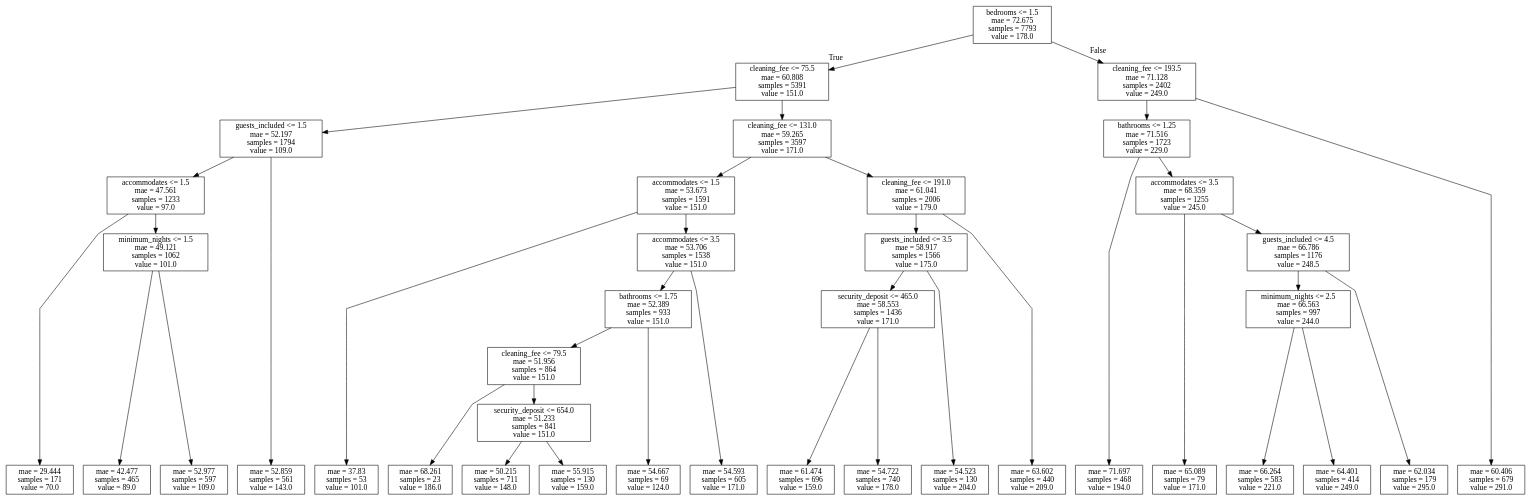
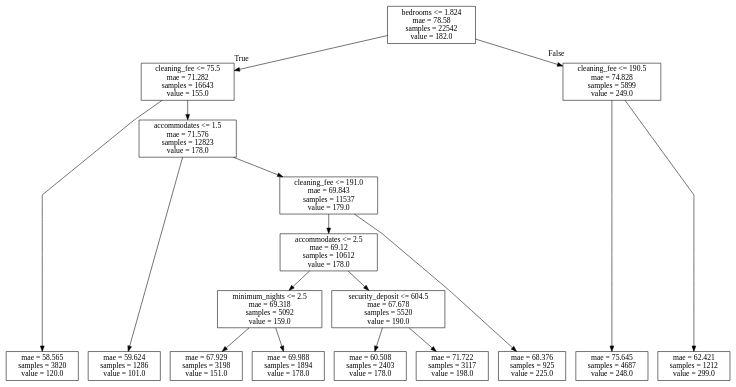
The diagram in export/tree.dot (FalsoMoralista/fangorn), drawn with Graphviz before and after one commit. The commit also changed 6 other files, not shown here.

```diff
--- a/export/tree.dot
+++ b/export/tree.dot
@@ -1,90 +1,44 @@
 digraph Tree {
 node [shape=box] ;
 graph [ranksep=equally, splines=polyline] ;
-0 [label="bedrooms <= 1.5\nmae = 72.675\nsamples = 7793\nvalue = 178.0"] ;
-1 [label="cleaning_fee <= 75.5\nmae = 60.808\nsamples = 5391\nvalue = 151.0"] ;
+0 [label="bedrooms <= 1.824\nmae = 78.58\nsamples = 22542\nvalue = 182.0"] ;
+1 [label="cleaning_fee <= 75.5\nmae = 71.282\nsamples = 16643\nvalue = 155.0"] ;
 0 -> 1 [labeldistance=2.5, labelangle=45, headlabel="True"] ;
-2 [label="guests_included <= 1.5\nmae = 52.197\nsamples = 1794\nvalue = 109.0"] ;
+2 [label="mae = 58.565\nsamples = 3820\nvalue = 120.0"] ;
 1 -> 2 ;
-3 [label="accommodates <= 1.5\nmae = 47.561\nsamples = 1233\nvalue = 97.0"] ;
-2 -> 3 ;
-4 [label="mae = 29.444\nsamples = 171\nvalue = 70.0"] ;
+3 [label="accommodates <= 1.5\nmae = 71.576\nsamples = 12823\nvalue = 178.0"] ;
+1 -> 3 ;
+4 [label="mae = 59.624\nsamples = 1286\nvalue = 101.0"] ;
 3 -> 4 ;
-5 [label="minimum_nights <= 1.5\nmae = 49.121\nsamples = 1062\nvalue = 101.0"] ;
+5 [label="cleaning_fee <= 191.0\nmae = 69.843\nsamples = 11537\nvalue = 179.0"] ;
 3 -> 5 ;
-6 [label="mae = 42.477\nsamples = 465\nvalue = 89.0"] ;
+6 [label="accommodates <= 2.5\nmae = 69.12\nsamples = 10612\nvalue = 178.0"] ;
 5 -> 6 ;
-7 [label="mae = 52.977\nsamples = 597\nvalue = 109.0"] ;
-5 -> 7 ;
-8 [label="mae = 52.859\nsamples = 561\nvalue = 143.0"] ;
-2 -> 8 ;
-9 [label="cleaning_fee <= 131.0\nmae = 59.265\nsamples = 3597\nvalue = 171.0"] ;
-1 -> 9 ;
-10 [label="accommodates <= 1.5\nmae = 53.673\nsamples = 1591\nvalue = 151.0"] ;
-9 -> 10 ;
-11 [label="mae = 37.83\nsamples = 53\nvalue = 101.0"] ;
+7 [label="minimum_nights <= 2.5\nmae = 69.318\nsamples = 5092\nvalue = 159.0"] ;
+6 -> 7 ;
+8 [label="mae = 67.929\nsamples = 3198\nvalue = 151.0"] ;
+7 -> 8 ;
+9 [label="mae = 69.988\nsamples = 1894\nvalue = 178.0"] ;
+7 -> 9 ;
+10 [label="security_deposit <= 604.5\nmae = 67.678\nsamples = 5520\nvalue = 190.0"] ;
+6 -> 10 ;
+11 [label="mae = 60.508\nsamples = 2403\nvalue = 178.0"] ;
 10 -> 11 ;
-12 [label="accommodates <= 3.5\nmae = 53.706\nsamples = 1538\nvalue = 151.0"] ;
+12 [label="mae = 71.722\nsamples = 3117\nvalue = 198.0"] ;
 10 -> 12 ;
-13 [label="bathrooms <= 1.75\nmae = 52.389\nsamples = 933\nvalue = 151.0"] ;
-12 -> 13 ;
-14 [label="cleaning_fee <= 79.5\nmae = 51.956\nsamples = 864\nvalue = 151.0"] ;
-13 -> 14 ;
-15 [label="mae = 68.261\nsamples = 23\nvalue = 186.0"] ;
+13 [label="mae = 68.376\nsamples = 925\nvalue = 225.0"] ;
+5 -> 13 ;
+14 [label="cleaning_fee <= 190.5\nmae = 74.828\nsamples = 5899\nvalue = 249.0"] ;
+0 -> 14 [labeldistance=2.5, labelangle=-45, headlabel="False"] ;
+15 [label="mae = 75.645\nsamples = 4687\nvalue = 248.0"] ;
 14 -> 15 ;
-16 [label="security_deposit <= 654.0\nmae = 51.233\nsamples = 841\nvalue = 151.0"] ;
+16 [label="mae = 62.421\nsamples = 1212\nvalue = 299.0"] ;
 14 -> 16 ;
-17 [label="mae = 50.215\nsamples = 711\nvalue = 148.0"] ;
-16 -> 17 ;
-18 [label="mae = 55.915\nsamples = 130\nvalue = 159.0"] ;
-16 -> 18 ;
-19 [label="mae = 54.667\nsamples = 69\nvalue = 124.0"] ;
-13 -> 19 ;
-20 [label="mae = 54.593\nsamples = 605\nvalue = 171.0"] ;
-12 -> 20 ;
-21 [label="cleaning_fee <= 191.0\nmae = 61.041\nsamples = 2006\nvalue = 179.0"] ;
-9 -> 21 ;
-22 [label="guests_included <= 3.5\nmae = 58.917\nsamples = 1566\nvalue = 175.0"] ;
-21 -> 22 ;
-23 [label="security_deposit <= 465.0\nmae = 58.553\nsamples = 1436\nvalue = 171.0"] ;
-22 -> 23 ;
-24 [label="mae = 61.474\nsamples = 696\nvalue = 159.0"] ;
-23 -> 24 ;
-25 [label="mae = 54.722\nsamples = 740\nvalue = 178.0"] ;
-23 -> 25 ;
-26 [label="mae = 54.523\nsamples = 130\nvalue = 204.0"] ;
-22 -> 26 ;
-27 [label="mae = 63.602\nsamples = 440\nvalue = 209.0"] ;
-21 -> 27 ;
-28 [label="cleaning_fee <= 193.5\nmae = 71.128\nsamples = 2402\nvalue = 249.0"] ;
-0 -> 28 [labeldistance=2.5, labelangle=-45, headlabel="False"] ;
-29 [label="bathrooms <= 1.25\nmae = 71.516\nsamples = 1723\nvalue = 229.0"] ;
-28 -> 29 ;
-30 [label="mae = 71.697\nsamples = 468\nvalue = 194.0"] ;
-29 -> 30 ;
-31 [label="accommodates <= 3.5\nmae = 68.359\nsamples = 1255\nvalue = 245.0"] ;
-29 -> 31 ;
-32 [label="mae = 65.089\nsamples = 79\nvalue = 171.0"] ;
-31 -> 32 ;
-33 [label="guests_included <= 4.5\nmae = 66.786\nsamples = 1176\nvalue = 248.5"] ;
-31 -> 33 ;
-34 [label="minimum_nights <= 2.5\nmae = 66.563\nsamples = 997\nvalue = 244.0"] ;
-33 -> 34 ;
-35 [label="mae = 66.264\nsamples = 583\nvalue = 221.0"] ;
-34 -> 35 ;
-36 [label="mae = 64.401\nsamples = 414\nvalue = 249.0"] ;
-34 -> 36 ;
-37 [label="mae = 62.034\nsamples = 179\nvalue = 295.0"] ;
-33 -> 37 ;
-38 [label="mae = 60.406\nsamples = 679\nvalue = 291.0"] ;
-28 -> 38 ;
 {rank=same ; 0} ;
-{rank=same ; 1; 28} ;
-{rank=same ; 2; 9; 29} ;
-{rank=same ; 3; 10; 21; 31} ;
-{rank=same ; 5; 12; 22; 33} ;
-{rank=same ; 13; 23; 34} ;
-{rank=same ; 14} ;
-{rank=same ; 16} ;
-{rank=same ; 4; 6; 7; 8; 11; 15; 17; 18; 19; 20; 24; 25; 26; 27; 30; 32; 35; 36; 37; 38} ;
+{rank=same ; 1; 14} ;
+{rank=same ; 3} ;
+{rank=same ; 5} ;
+{rank=same ; 6} ;
+{rank=same ; 7; 10} ;
+{rank=same ; 2; 4; 8; 9; 11; 12; 13; 15; 16} ;
 }
```
